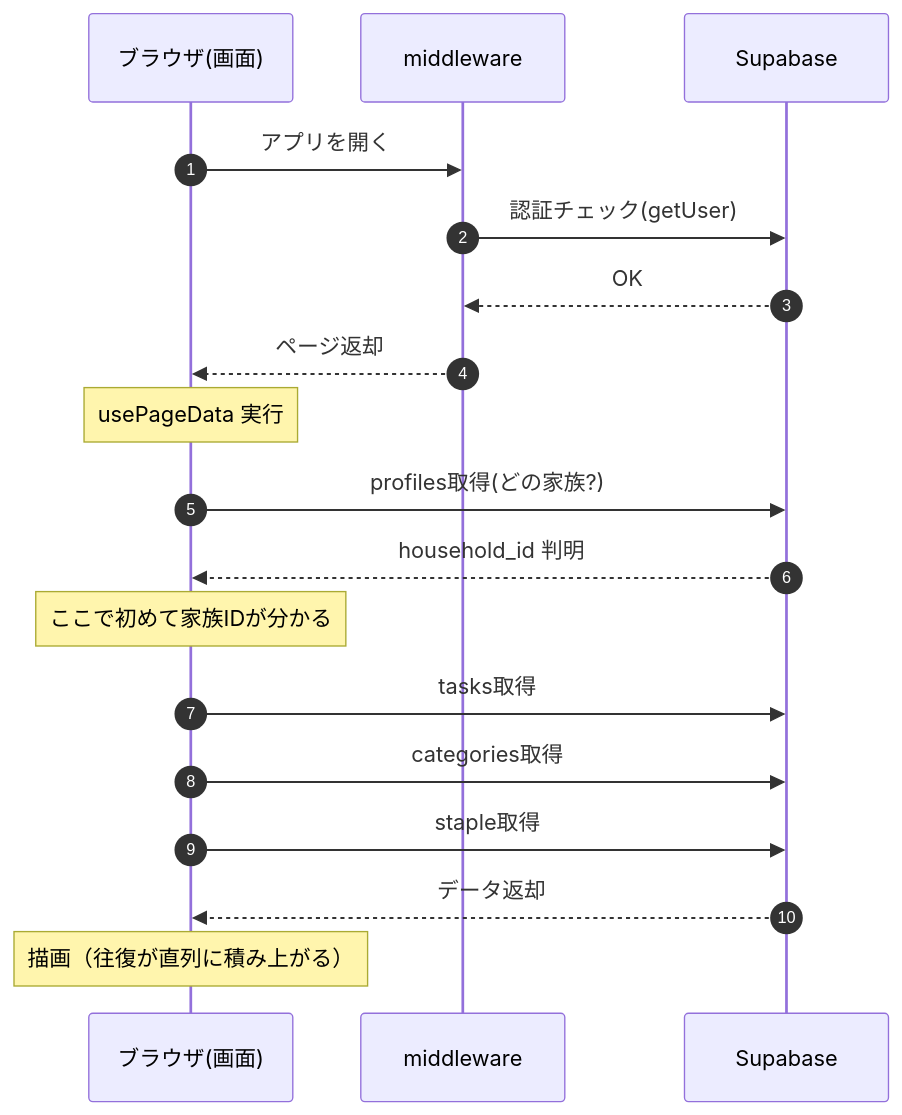
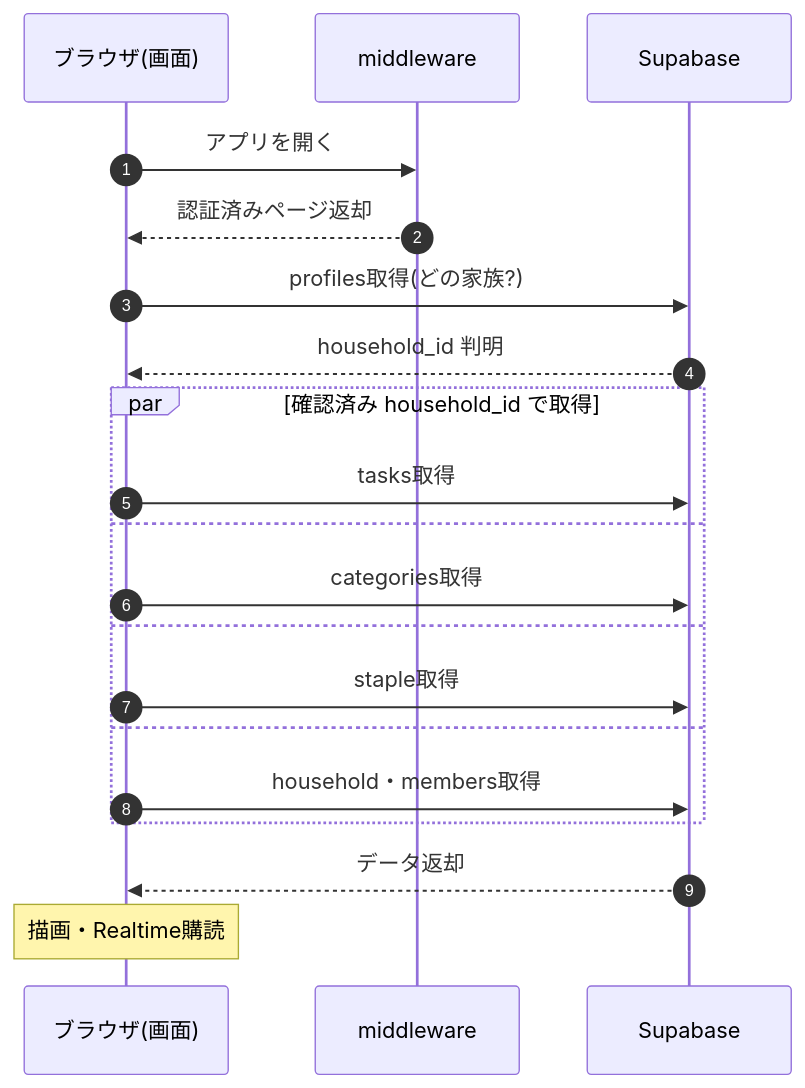
One commit to nnnoilpuma12/family-task-app changed the first of 2 diagrams in docs/startup-flow.md. Above: the diagram before and after it, drawn with Mermaid. The commit also changed other lines of this file and 14 other files, not shown here.

````diff
--- a/docs/startup-flow.md
+++ b/docs/startup-flow.md
@@ -9,23 +9,24 @@
 ```mermaid
 sequenceDiagram
     autonumber
     participant U as ブラウザ(画面)
     participant MW as middleware
     participant SB as Supabase
 
     U->>MW: アプリを開く
-    MW->>SB: 認証チェック(getUser)
-    SB-->>MW: OK
-    MW-->>U: ページ返却
-
-    Note over U: usePageData 実行
+    MW-->>U: 認証済みページ返却
     U->>SB: profiles取得(どの家族?)
     SB-->>U: household_id 判明
-    Note over U: ここで初めて家族IDが分かる
 
-    U->>SB: tasks取得
-    U->>SB: categories取得
-    U->>SB: staple取得
+    par 確認済み household_id で取得
+        U->>SB: tasks取得
+    and
+        U->>SB: categories取得
+    and
+        U->>SB: staple取得
+    and
+        U->>SB: household・members取得
+    end
     SB-->>U: データ返却
-    Note over U: 描画（往復が直列に積み上がる）
+    Note over U: 描画・Realtime購読
 ```
````
